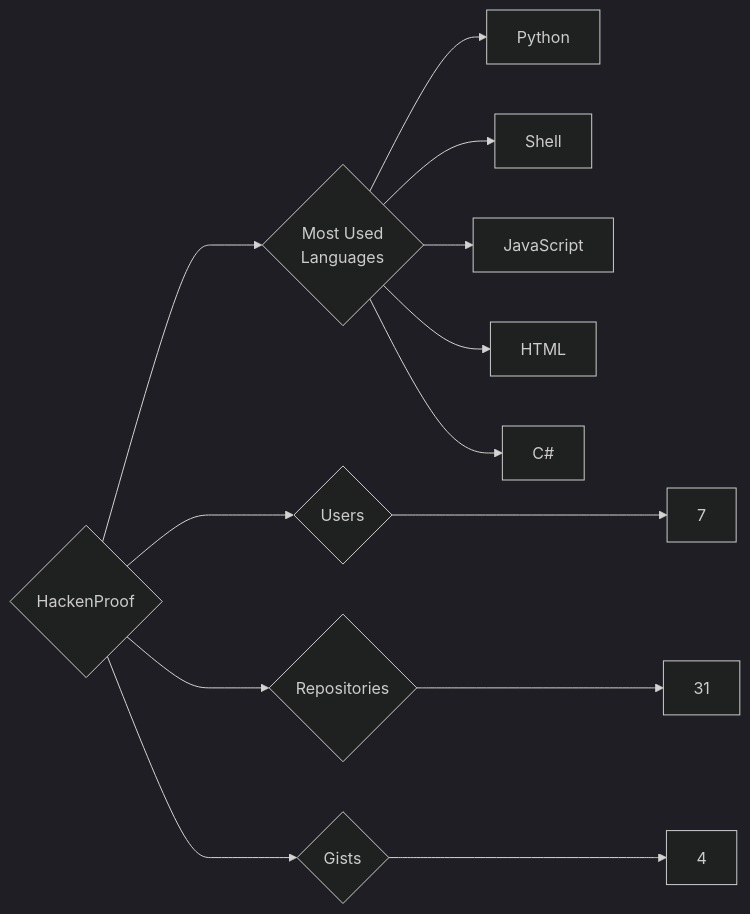
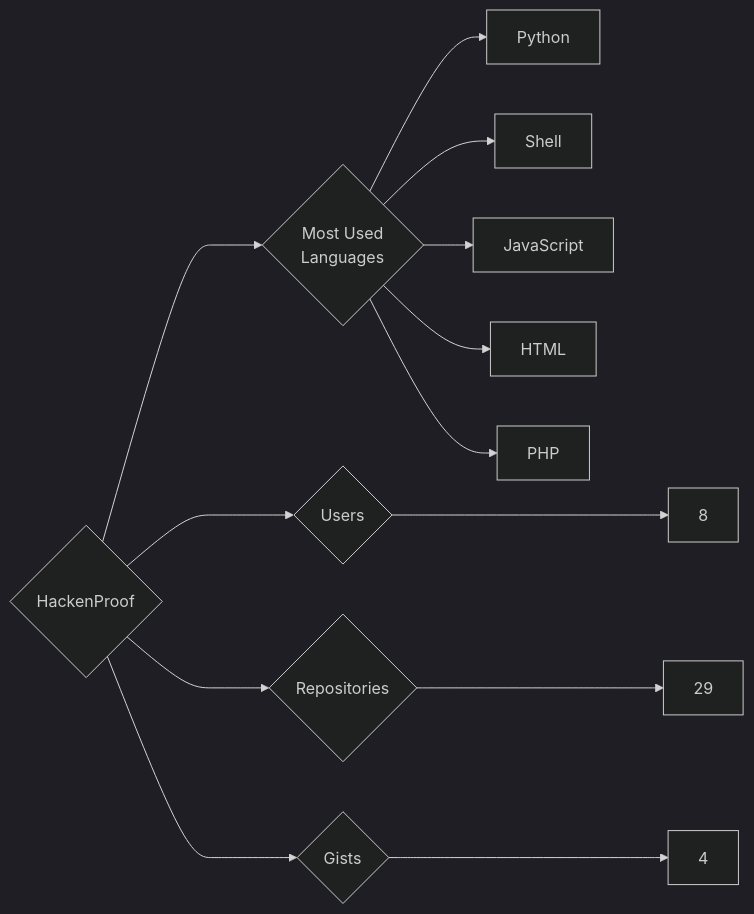
Before and after one commit to trickest/insiders: the diagram in targets/HackenProof/README.md, drawn with Mermaid (dark theme). The commit also changed 997 other files, not shown here.

````diff
--- a/targets/HackenProof/README.md
+++ b/targets/HackenProof/README.md
@@ -3,13 +3,13 @@
 ```mermaid
 graph LR
 COMPANY_NAME{HackenProof}
-COMPANY_NAME ---> U{Users} ---> UN[7]
-COMPANY_NAME ---> R{Repositories} ---> RN[31]
+COMPANY_NAME ---> U{Users} ---> UN[8]
+COMPANY_NAME ---> R{Repositories} ---> RN[29]
 COMPANY_NAME ---> G{Gists} ---> GN[4]
 COMPANY_NAME ---> ML{Most Used<br>Languages}
 ML --> Python[Python]
 ML --> Shell[Shell]
 ML --> JavaScript[JavaScript]
 ML --> HTML[HTML]
-ML --> C#[C#]
+ML --> PHP[PHP]
 ```
````
